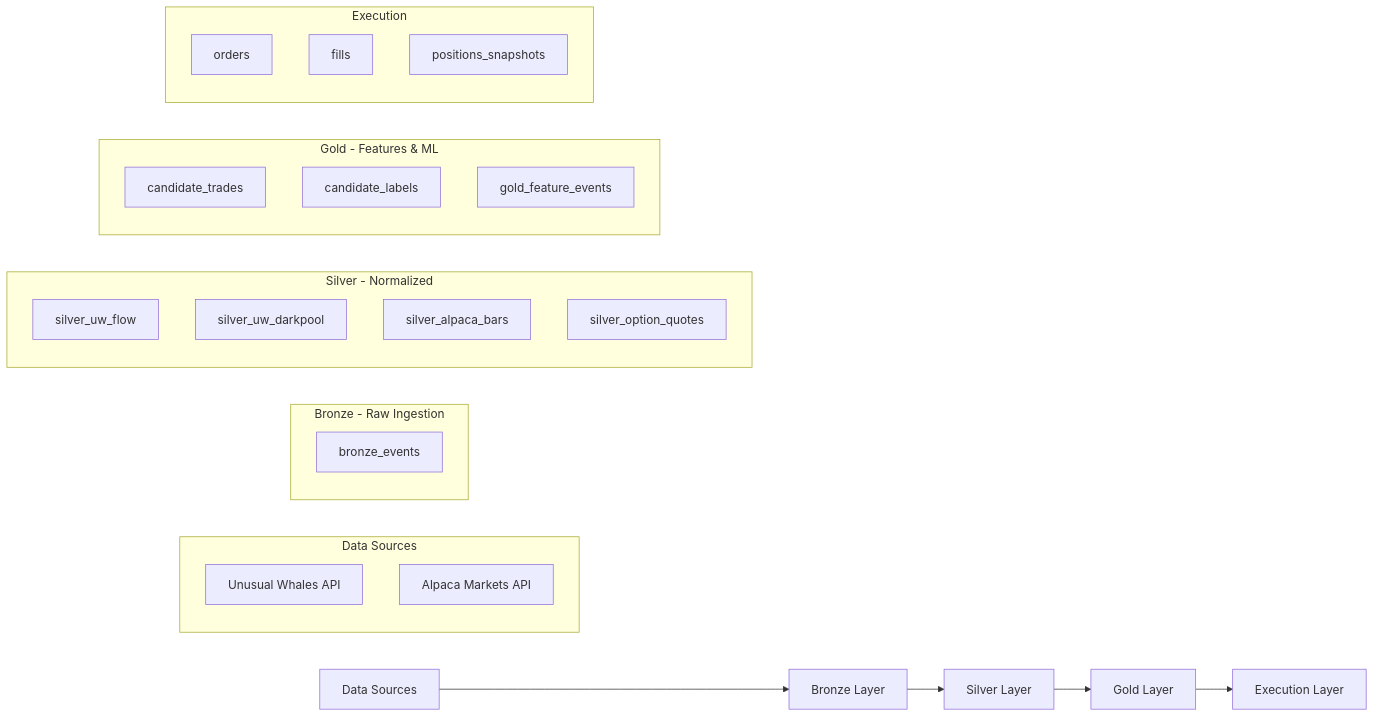
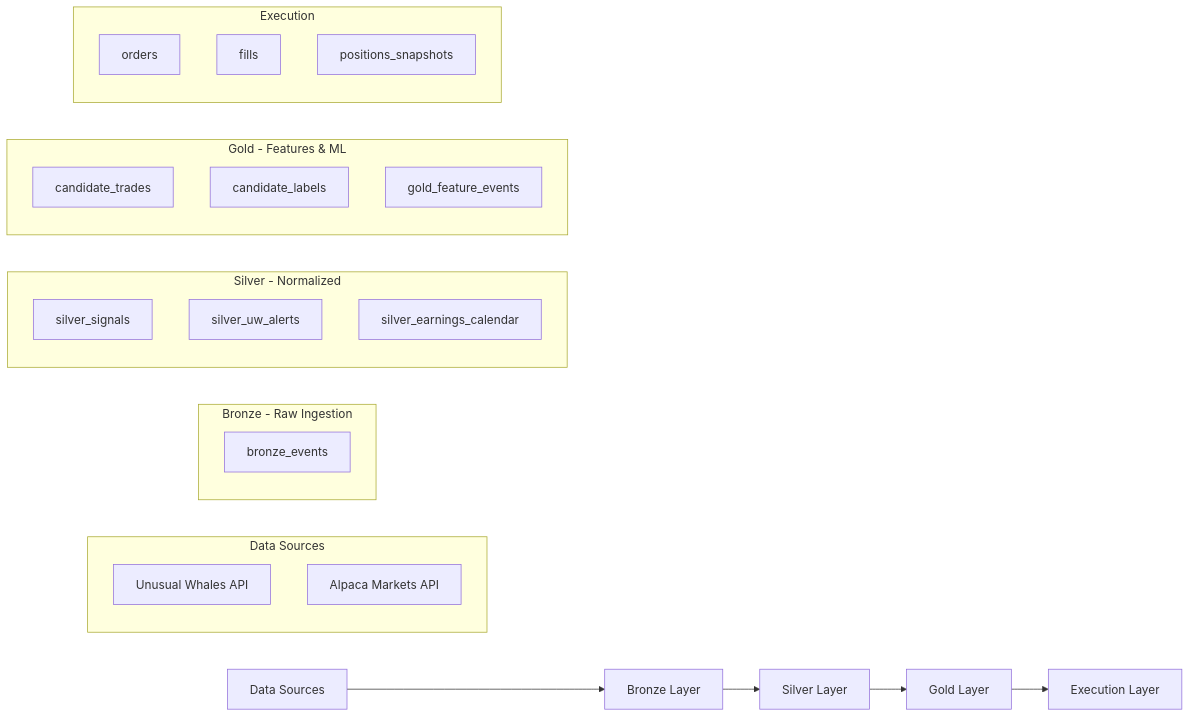
The diagram in docs/DATABASE_SCHEMA.md (JasperDale420/Orion), drawn with Mermaid before and after one commit. The commit also changed other lines of this file and 73 other files, not shown here.

````diff
--- a/docs/DATABASE_SCHEMA.md
+++ b/docs/DATABASE_SCHEMA.md
@@ -12,35 +12,34 @@
 ```mermaid
 graph LR
     A[Data Sources] --> B[Bronze Layer]
     B --> C[Silver Layer]
     C --> D[Gold Layer]
     D --> E[Execution Layer]
-    
+
     subgraph "Data Sources"
         A1[Unusual Whales API]
         A2[Alpaca Markets API]
     end
-    
+
     subgraph "Bronze - Raw Ingestion"
         B1[bronze_events]
     end
-    
+
     subgraph "Silver - Normalized"
-        C1[silver_uw_flow]
-        C2[silver_uw_darkpool]
-        C3[silver_alpaca_bars]
-        C4[silver_option_quotes]
+        C1[silver_signals]
+        C2[silver_uw_alerts]
+        C3[silver_earnings_calendar]
     end
-    
+
     subgraph "Gold - Features & ML"
         D1[candidate_trades]
         D2[candidate_labels]
         D3[gold_feature_events]
     end
-    
+
     subgraph "Execution"
         E1[orders]
         E2[fills]
         E3[positions_snapshots]
     end
 ```
````
